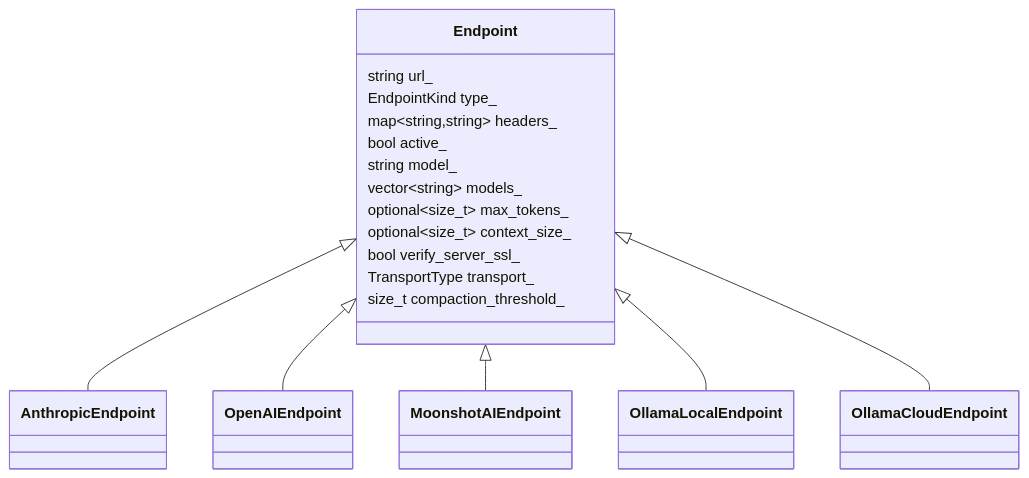
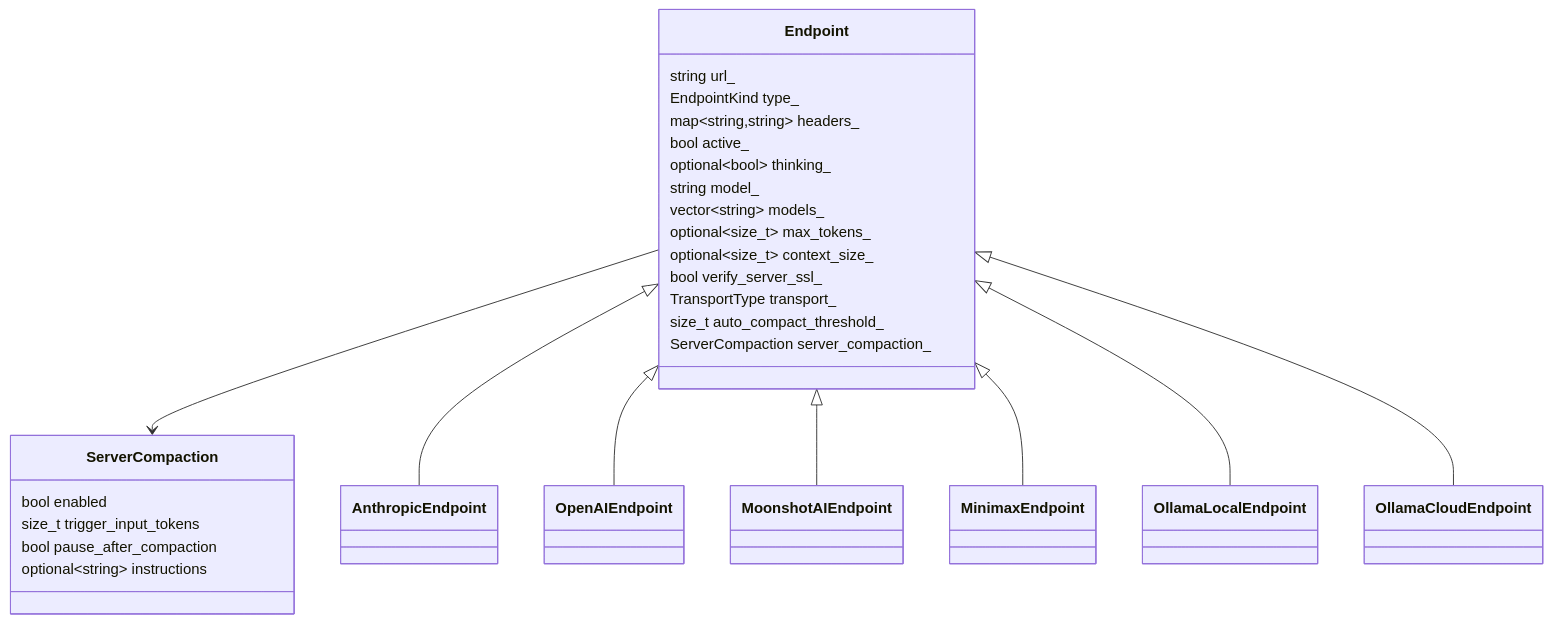
Before and after one commit to eranif/assistant: the first of 4 diagrams in .agents/summary/data_models.md, drawn with Mermaid. The commit also changed other lines of this file and 9 other files, not shown here.

````diff
--- a/.agents/summary/data_models.md
+++ b/.agents/summary/data_models.md
@@ -94,26 +112,37 @@
 ```mermaid
 classDiagram
   class Endpoint {
     string url_
     EndpointKind type_
     map~string,string~ headers_
     bool active_
+    optional~bool~ thinking_
     string model_
     vector~string~ models_
     optional~size_t~ max_tokens_
     optional~size_t~ context_size_
     bool verify_server_ssl_
     TransportType transport_
-    size_t compaction_threshold_
+    size_t auto_compact_threshold_
+    ServerCompaction server_compaction_
+  }
+  class ServerCompaction {
+    bool enabled
+    size_t trigger_input_tokens
+    bool pause_after_compaction
+    optional~string~ instructions
   }
   class AnthropicEndpoint
   class OpenAIEndpoint
   class MoonshotAIEndpoint
+  class MinimaxEndpoint
   class OllamaLocalEndpoint
   class OllamaCloudEndpoint
+  Endpoint --> ServerCompaction
   Endpoint <|-- AnthropicEndpoint
   Endpoint <|-- OpenAIEndpoint
   Endpoint <|-- MoonshotAIEndpoint
+  Endpoint <|-- MinimaxEndpoint
   Endpoint <|-- OllamaLocalEndpoint
   Endpoint <|-- OllamaCloudEndpoint
 ```
````
